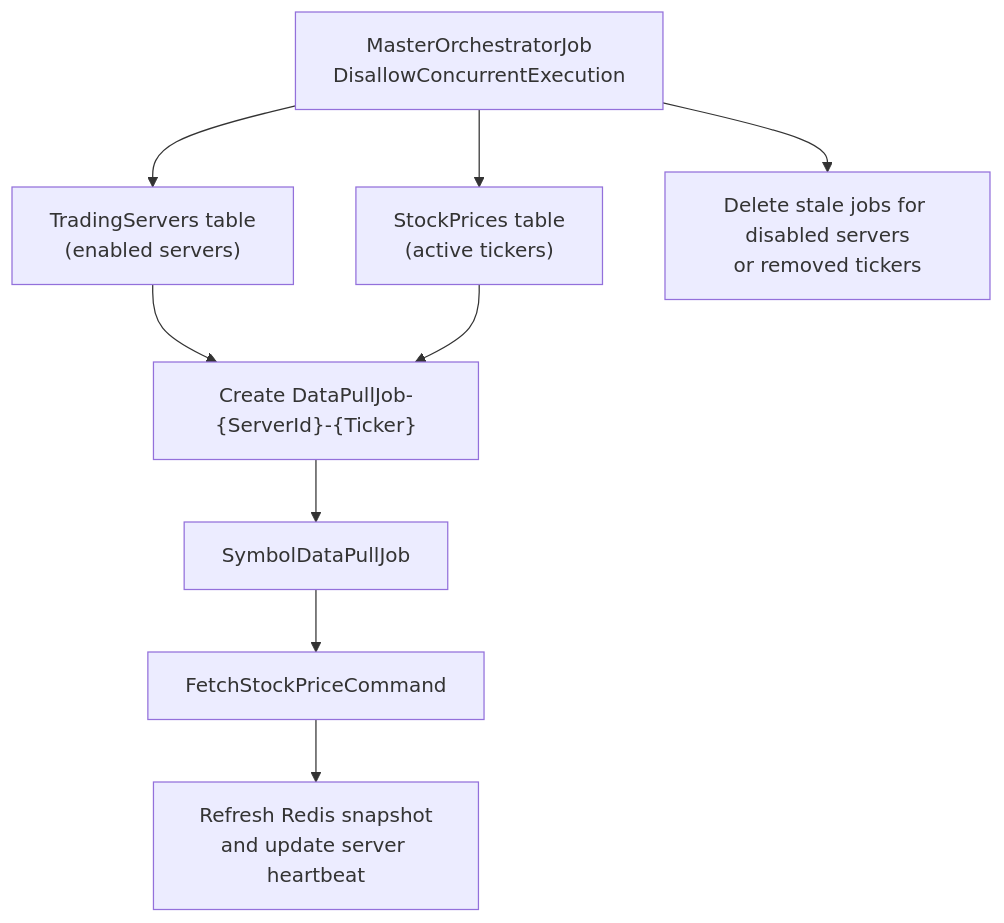
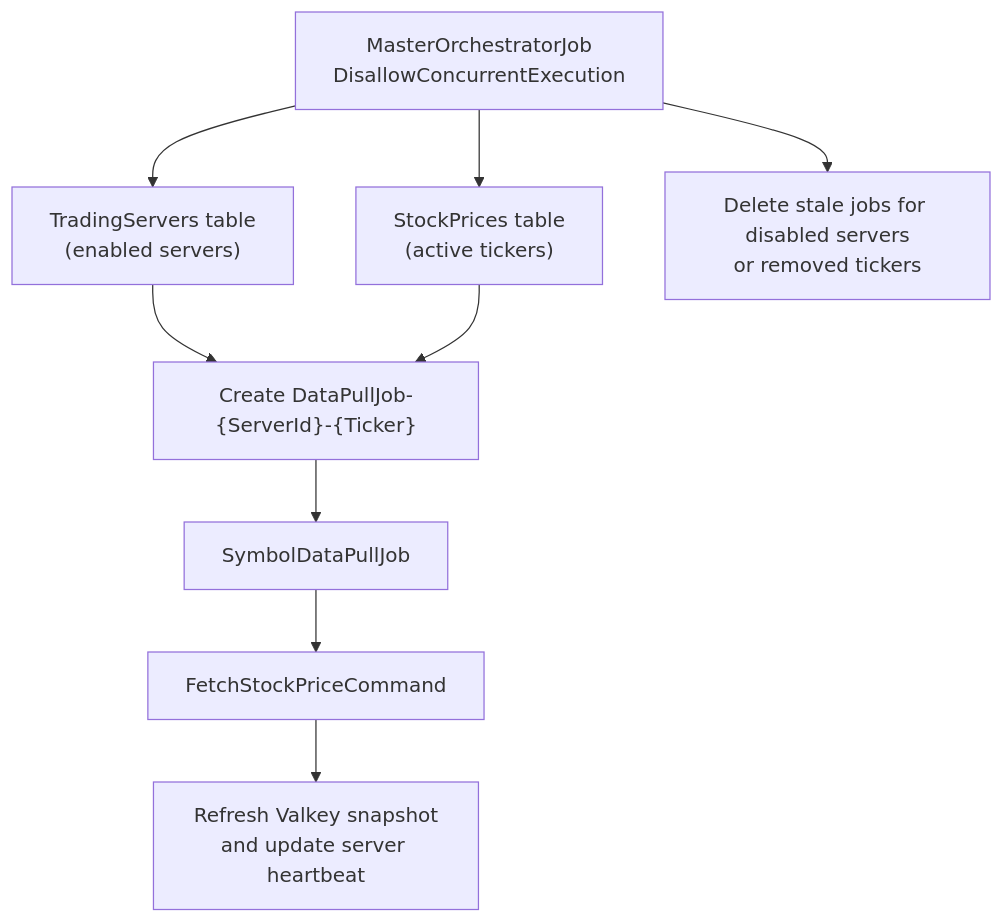
The third of 3 diagrams in README.md (jayoscarwong/TradingSystemDemo), drawn with Mermaid before and after one commit. The commit also changed other lines of this file and 3 other files, not shown here.

````diff
--- a/README.md
+++ b/README.md
@@ -136,20 +136,20 @@
 ```mermaid
 flowchart TD
     Master["MasterOrchestratorJob\nDisallowConcurrentExecution"]
     Servers["TradingServers table\n(enabled servers)"]
     Prices["StockPrices table\n(active tickers)"]
     Create["Create DataPullJob-{ServerId}-{Ticker}"]
     Delete["Delete stale jobs for disabled servers\nor removed tickers"]
     Child["SymbolDataPullJob"]
     Fetch["FetchStockPriceCommand"]
-    Cache["Refresh Redis snapshot\nand update server heartbeat"]
+    Cache["Refresh Valkey snapshot\nand update server heartbeat"]
 
     Master --> Servers
     Master --> Prices
     Servers --> Create
     Prices --> Create
     Master --> Delete
     Create --> Child
     Child --> Fetch
     Fetch --> Cache
 ```
````
